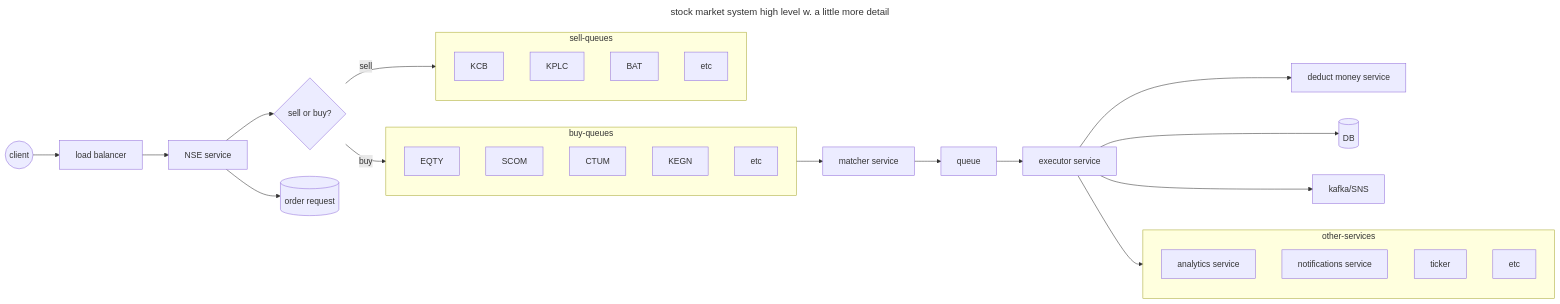
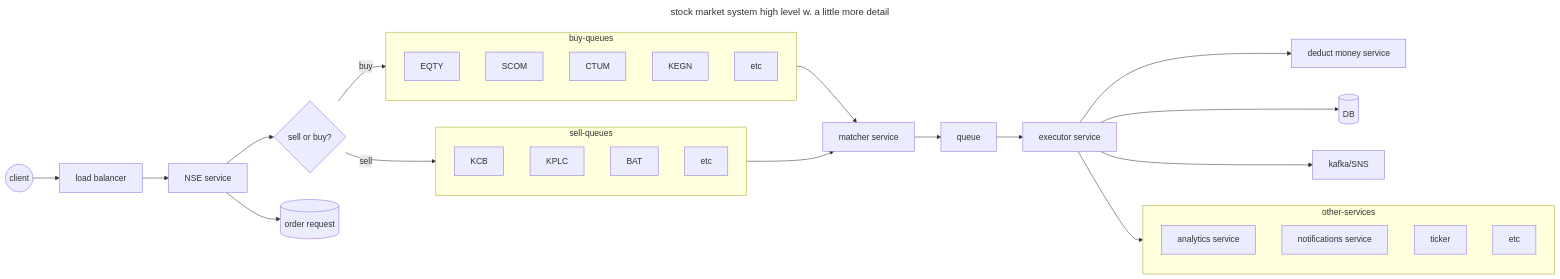
One commit to brk-a/system-design changed the second of 2 diagrams in 0x0A-stock_market_system/0-stock_market_system.md. Above: the diagram before and after it, drawn with Mermaid. The commit also changed other lines of this file, not shown here.

````diff
--- a/0x0A-stock_market_system/0-stock_market_system.md
+++ b/0x0A-stock_market_system/0-stock_market_system.md
@@ -91,38 +91,39 @@
     ```mermaid
     ---
     title: stock market system high level w. a little more detail
     ---
         flowchart LR
         A((client))-->B[load balancer]
         B-->C[NSE service]
         C-->D{sell or buy?}
         C-->E[(order request)]
         subgraph buy-queues
         F[EQTY]
         G[SCOM]
         H[CTUM]
         I[KEGN]
         J[etc]
         end
         subgraph sell-queues
         K[KCB]
         L[KPLC]
         M[BAT]
         N[etc]
         end
         D-->|buy| buy-queues
         D-->|sell| sell-queues
         buy-queues --> O[matcher service]
+        sell-queues --> O
         O-->P[queue]
         P-->Q[executor service]
         Q-->R[deduct money service]
         Q-->S[(DB)]
         Q-->T[kafka/SNS]
         subgraph other-services
         U[analytics service]
         V[notifications service]
         W[ticker]
         X[etc]
         end
         Q-->other-services
     ```
````
